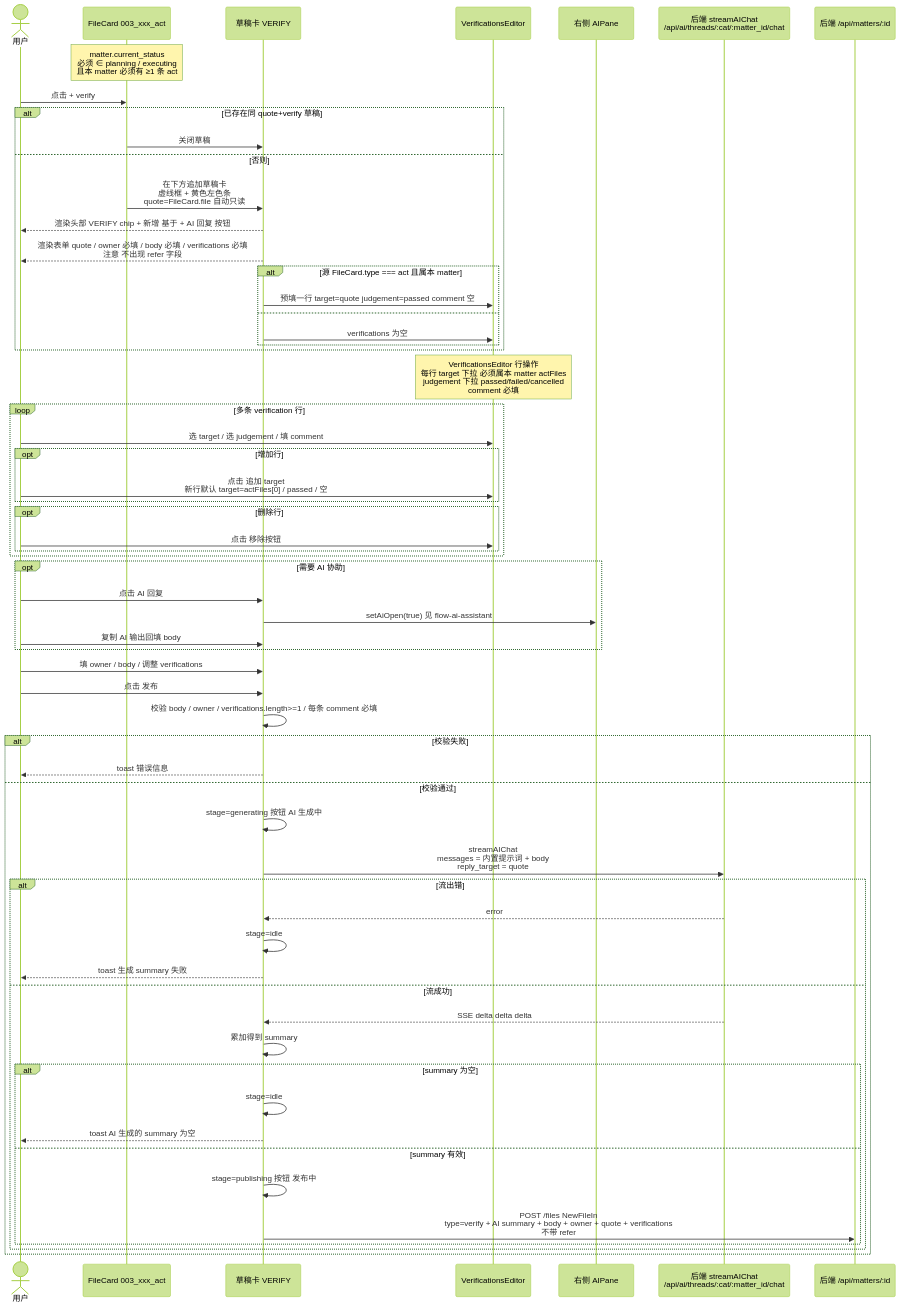
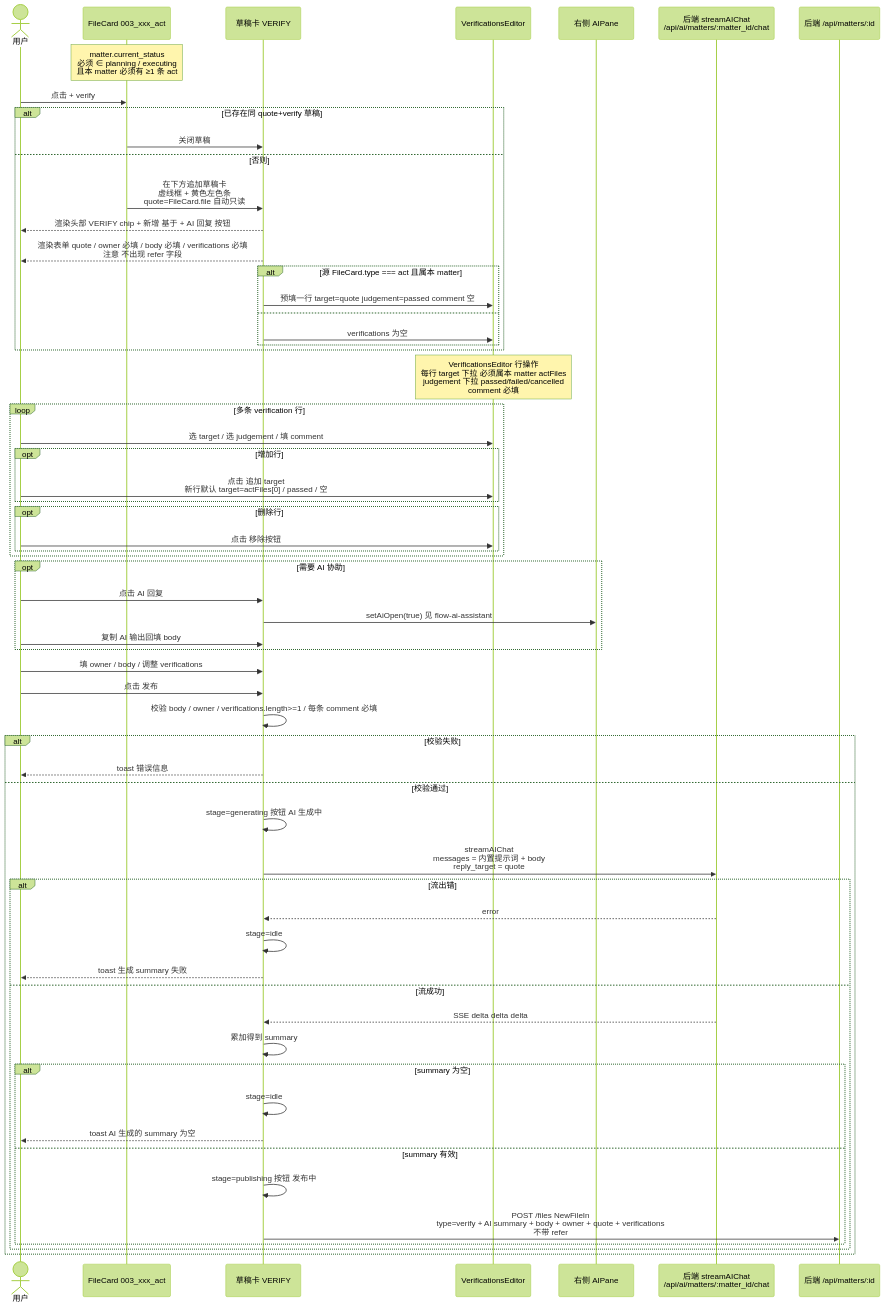
The diagram in AI-docs/workflow-interaction/flow-verify-card.md (Tjk666Tjk6660/team-pivot-web), drawn with Mermaid (forest theme) before and after one commit. The commit also changed 2 other files, not shown here.

Commit message:
docs(matter): add workflow-interaction sequence diagram

````diff
--- a/AI-docs/workflow-interaction/flow-verify-card.md
+++ b/AI-docs/workflow-interaction/flow-verify-card.md
@@ -9,73 +9,73 @@
 ```mermaid
 sequenceDiagram
   actor U as 用户
   participant FC as FileCard 003_xxx_act
   participant DC as 草稿卡 VERIFY
   participant VE as VerificationsEditor
   participant AP as 右侧 AIPane
-  participant CHAT as 后端 streamAIChat<br/>/api/ai/threads/:cat/:matter_id/chat
+  participant CHAT as 后端 streamAIChat<br/>/api/ai/matters/:matter_id/chat
   participant API as 后端 /api/matters/:id
 
   Note over FC: matter.current_status<br/>必须 ∈ planning / executing<br/>且本 matter 必须有 ≥1 条 act
 
   U->>FC: 点击 + verify
   alt 已存在同 quote+verify 草稿
     FC->>DC: 关闭草稿
   else 否则
     FC->>DC: 在下方追加草稿卡<br/>虚线框 + 黄色左色条<br/>quote=FileCard.file 自动只读
     DC-->>U: 渲染头部 VERIFY chip + 新增 基于 + AI 回复 按钮
     DC-->>U: 渲染表单 quote / owner 必填 / body 必填 / verifications 必填<br/>注意 不出现 refer 字段
 
     alt 源 FileCard.type === act 且属本 matter
       DC->>VE: 预填一行 target=quote judgement=passed comment 空
     else
       DC->>VE: verifications 为空
     end
   end
 
   Note over VE: VerificationsEditor 行操作<br/>每行 target 下拉 必须属本 matter actFiles<br/>judgement 下拉 passed/failed/cancelled<br/>comment 必填
 
   loop 多条 verification 行
     U->>VE: 选 target / 选 judgement / 填 comment
     opt 增加行
       U->>VE: 点击 追加 target<br/>新行默认 target=actFiles[0] / passed / 空
     end
     opt 删除行
       U->>VE: 点击 移除按钮
     end
   end
 
   opt 需要 AI 协助
     U->>DC: 点击 AI 回复
     DC->>AP: setAiOpen(true) 见 flow-ai-assistant
     U->>DC: 复制 AI 输出回填 body
   end
 
   U->>DC: 填 owner / body / 调整 verifications
   U->>DC: 点击 发布
 
   DC->>DC: 校验 body / owner / verifications.length>=1 / 每条 comment 必填
   alt 校验失败
     DC-->>U: toast 错误信息
   else 校验通过
     DC->>DC: stage=generating 按钮 AI 生成中
 
     DC->>CHAT: streamAIChat<br/>messages = 内置提示词 + body<br/>reply_target = quote
     alt 流出错
       CHAT-->>DC: error
       DC->>DC: stage=idle
       DC-->>U: toast 生成 summary 失败
     else 流成功
       CHAT-->>DC: SSE delta delta delta
       DC->>DC: 累加得到 summary
 
       alt summary 为空
         DC->>DC: stage=idle
         DC-->>U: toast AI 生成的 summary 为空
       else summary 有效
         DC->>DC: stage=publishing 按钮 发布中
         DC->>API: POST /files NewFileIn<br/>type=verify + AI summary + body + owner + quote + verifications<br/>不带 refer
       end
     end
   end
 ```
````
